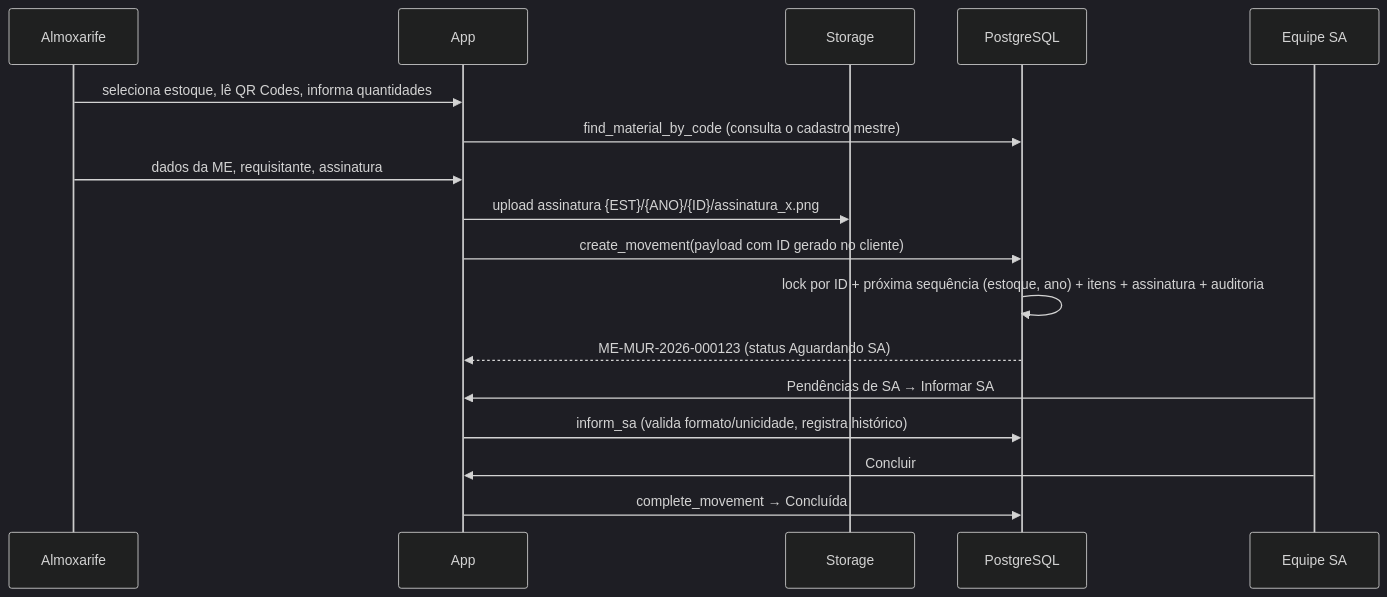
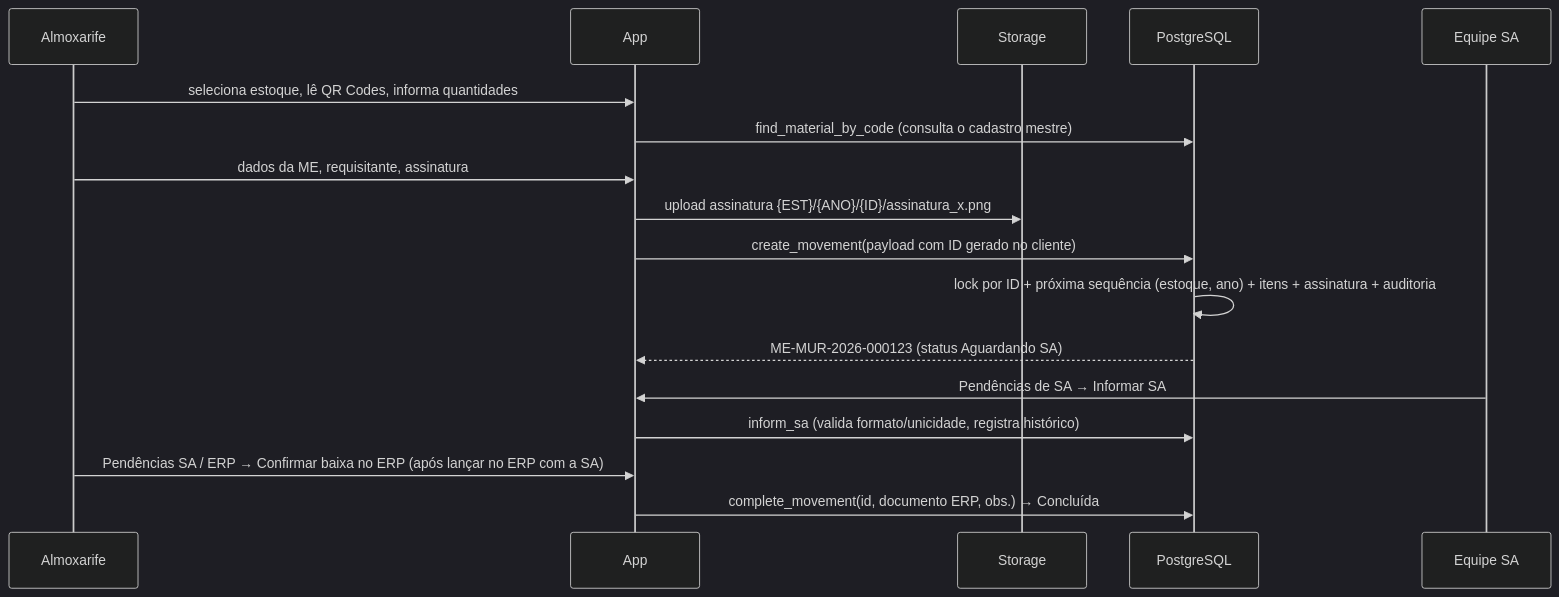
One commit to italoamaroo/BaixadeEstoque changed the second of 3 diagrams in docs/ARQUITETURA.md. Above: the diagram before and after it, drawn with Mermaid (dark theme). The commit also changed other lines of this file and 214 other files, not shown here.

````diff
--- a/docs/ARQUITETURA.md
+++ b/docs/ARQUITETURA.md
@@ -69,19 +69,19 @@
 ```mermaid
 sequenceDiagram
   participant A as Almoxarife
   participant UI as App
   participant S as Storage
   participant DB as PostgreSQL
   participant SA as Equipe SA
   A->>UI: seleciona estoque, lê QR Codes, informa quantidades
   UI->>DB: find_material_by_code (consulta o cadastro mestre)
   A->>UI: dados da ME, requisitante, assinatura
   UI->>S: upload assinatura {EST}/{ANO}/{ID}/assinatura_x.png
   UI->>DB: create_movement(payload com ID gerado no cliente)
   DB->>DB: lock por ID + próxima sequência (estoque, ano) + itens + assinatura + auditoria
   DB-->>UI: ME-MUR-2026-000123 (status Aguardando SA)
   SA->>UI: Pendências de SA → Informar SA
   UI->>DB: inform_sa (valida formato/unicidade, registra histórico)
-  SA->>UI: Concluir
-  UI->>DB: complete_movement → Concluída
+  A->>UI: Pendências SA / ERP → Confirmar baixa no ERP (após lançar no ERP com a SA)
+  UI->>DB: complete_movement(id, documento ERP, obs.) → Concluída
 ```
````
